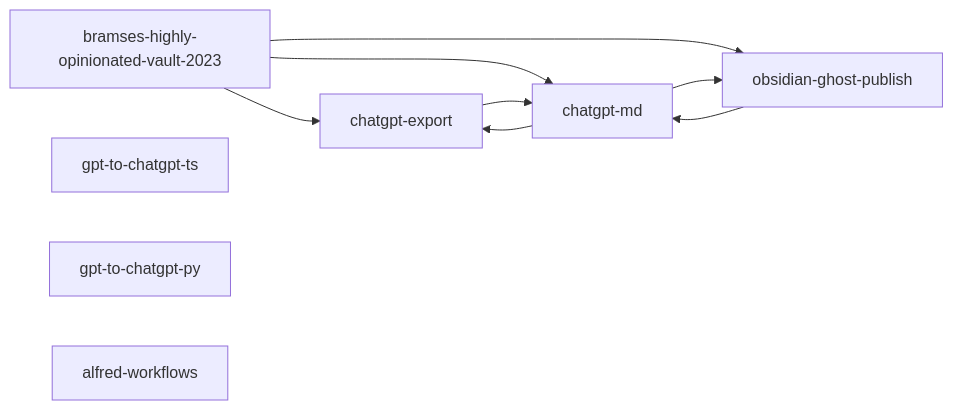
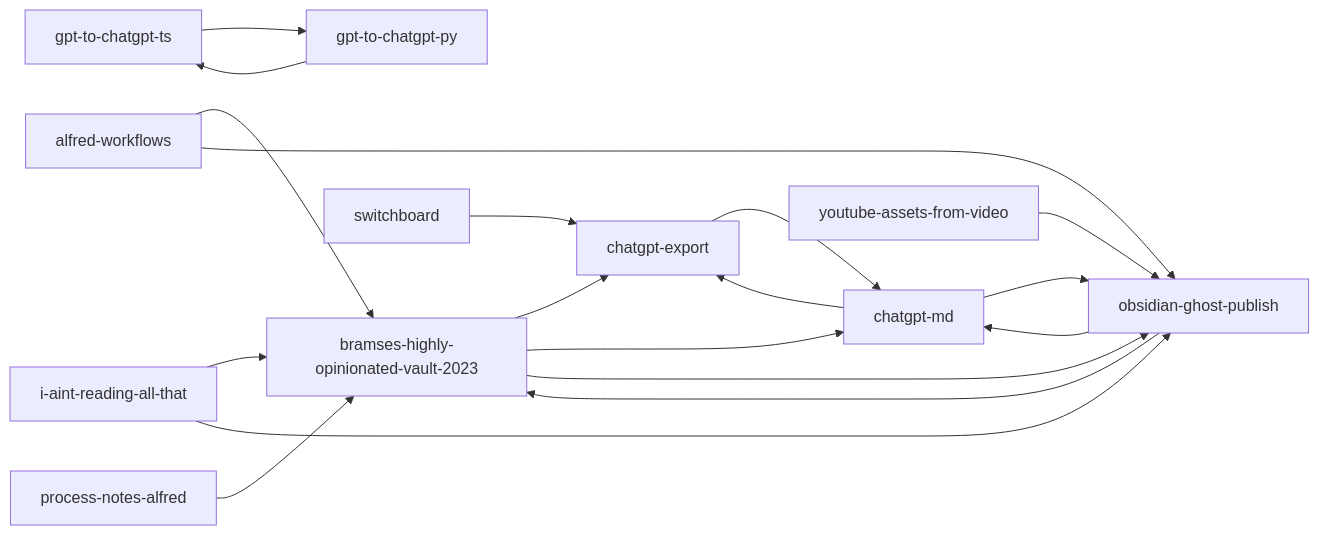
The diagram in README.md (bramses/monorepo), drawn with Mermaid before and after one commit. The commit also changed 2 other files, not shown here.

Commit message:
moar graph

````diff
--- a/README.md
+++ b/README.md
@@ -55,13 +55,20 @@
 ```mermaid
 graph LR
     bramses-highly-opinionated-vault-2023 --> chatgpt-export
     bramses-highly-opinionated-vault-2023 --> chatgpt-md
     bramses-highly-opinionated-vault-2023 --> obsidian-ghost-publish
     chatgpt-export --> chatgpt-md
     chatgpt-md --> chatgpt-export
     chatgpt-md --> obsidian-ghost-publish
-    gpt-to-chatgpt-ts
-    gpt-to-chatgpt-py
+    gpt-to-chatgpt-ts --> gpt-to-chatgpt-py
+    gpt-to-chatgpt-py --> gpt-to-chatgpt-ts
     obsidian-ghost-publish --> chatgpt-md
-    alfred-workflows
+    obsidian-ghost-publish --> bramses-highly-opinionated-vault-2023
+    alfred-workflows --> bramses-highly-opinionated-vault-2023
+    alfred-workflows --> obsidian-ghost-publish
+    youtube-assets-from-video --> obsidian-ghost-publish
+    i-aint-reading-all-that --> bramses-highly-opinionated-vault-2023
+    i-aint-reading-all-that --> obsidian-ghost-publish
+    process-notes-alfred --> bramses-highly-opinionated-vault-2023
+    switchboard --> chatgpt-export
 ```
````
